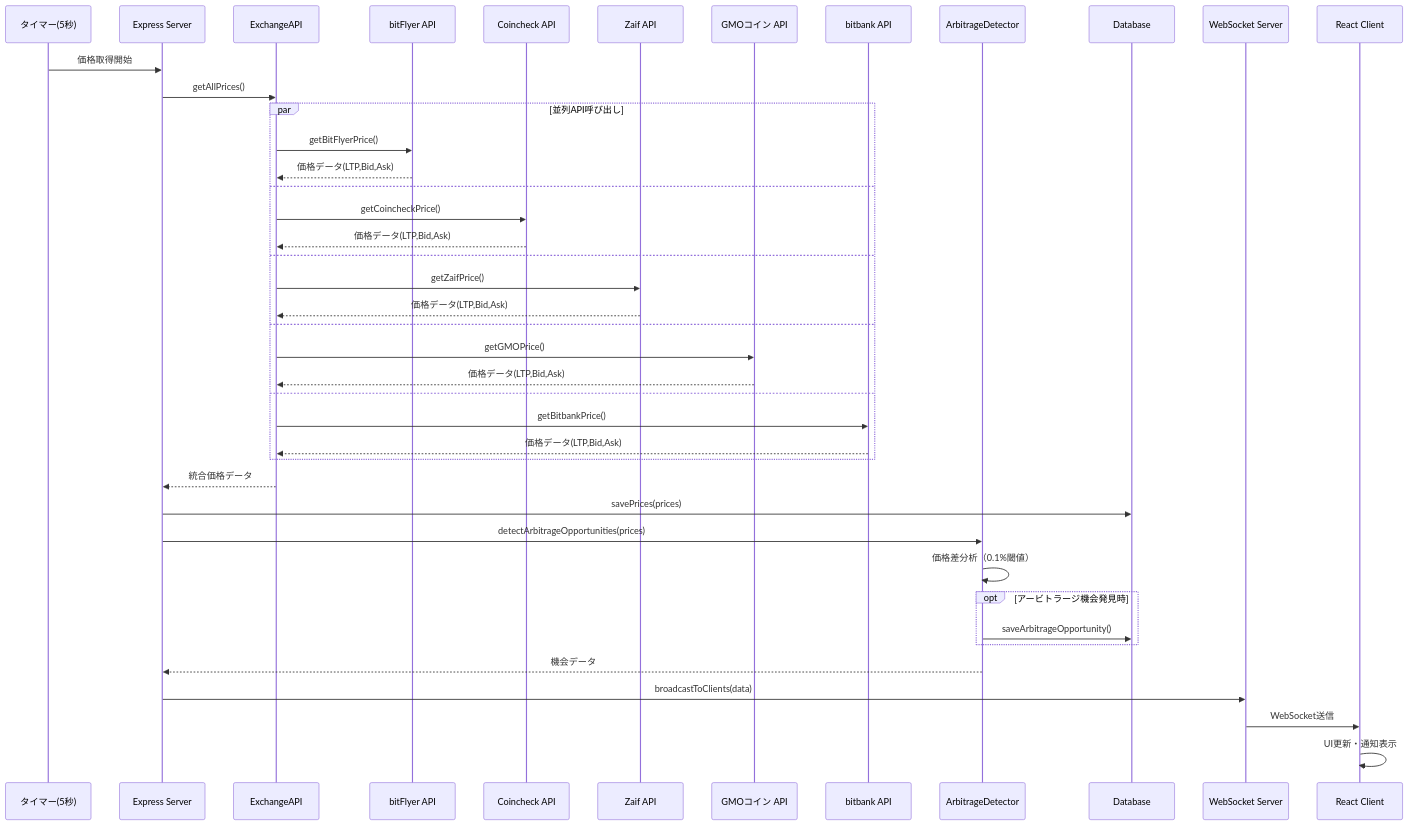
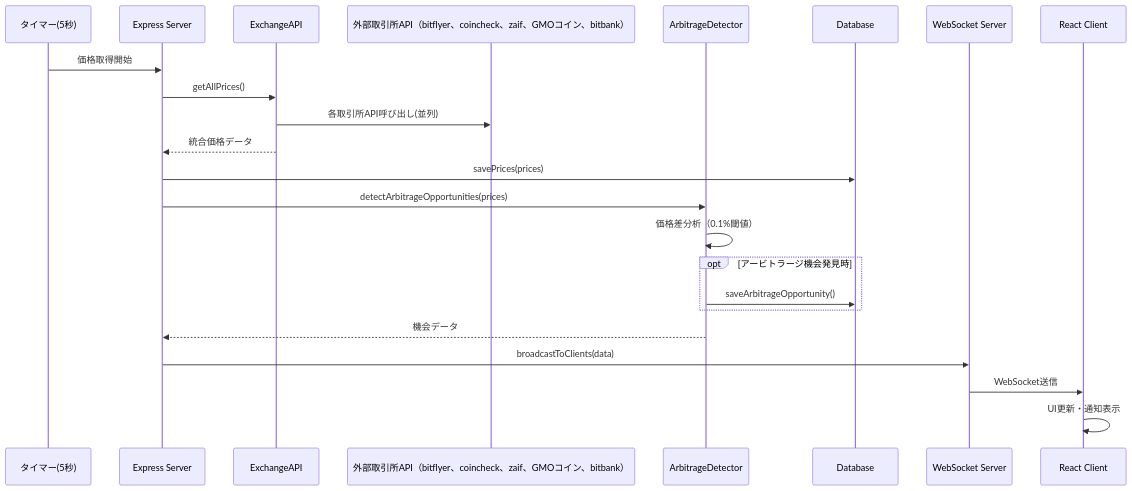
One commit to mnbhsgw/testbitcoin changed the fourth of 5 diagrams in 高レベル設計書.md. Above: the diagram before and after it, drawn with Mermaid. The commit also changed other lines of this file, not shown here.

Commit message:
高レベル設計書の図形修正

````diff
--- a/高レベル設計書.md
+++ b/高レベル設計書.md
@@ -178,49 +170,30 @@
 ```mermaid
 sequenceDiagram
     participant Timer as タイマー(5秒)
     participant Server as Express Server
     participant ExAPI as ExchangeAPI
-    participant BitFlyer as bitFlyer API
-    participant Coincheck as Coincheck API
-    participant Zaif as Zaif API
-    participant GMO as GMOコイン API
-    participant Bitbank as bitbank API
+    participant ExternalAPI as 外部取引所API（bitflyer、coincheck、zaif、GMOコイン、bitbank）
     participant ArbiDet as ArbitrageDetector
     participant DB as Database
     participant WSS as WebSocket Server
     participant Client as React Client
     
     Timer->>Server: 価格取得開始
     Server->>ExAPI: getAllPrices()
     
-    par 並列API呼び出し
-        ExAPI->>BitFlyer: getBitFlyerPrice()
-        BitFlyer-->>ExAPI: 価格データ(LTP,Bid,Ask)
-    and
-        ExAPI->>Coincheck: getCoincheckPrice()
-        Coincheck-->>ExAPI: 価格データ(LTP,Bid,Ask)
-    and
-        ExAPI->>Zaif: getZaifPrice()
-        Zaif-->>ExAPI: 価格データ(LTP,Bid,Ask)
-    and
-        ExAPI->>GMO: getGMOPrice()
-        GMO-->>ExAPI: 価格データ(LTP,Bid,Ask)
-    and
-        ExAPI->>Bitbank: getBitbankPrice()
-        Bitbank-->>ExAPI: 価格データ(LTP,Bid,Ask)
-    end
+    ExAPI->>ExternalAPI: 各取引所API呼び出し(並列)
     
     ExAPI-->>Server: 統合価格データ
     Server->>DB: savePrices(prices)
     Server->>ArbiDet: detectArbitrageOpportunities(prices)
     ArbiDet->>ArbiDet: 価格差分析（0.1%閾値）
     
     opt アービトラージ機会発見時
         ArbiDet->>DB: saveArbitrageOpportunity()
     end
     
     ArbiDet-->>Server: 機会データ
     Server->>WSS: broadcastToClients(data)
     WSS->>Client: WebSocket送信
     Client->>Client: UI更新・通知表示
 ```
````
